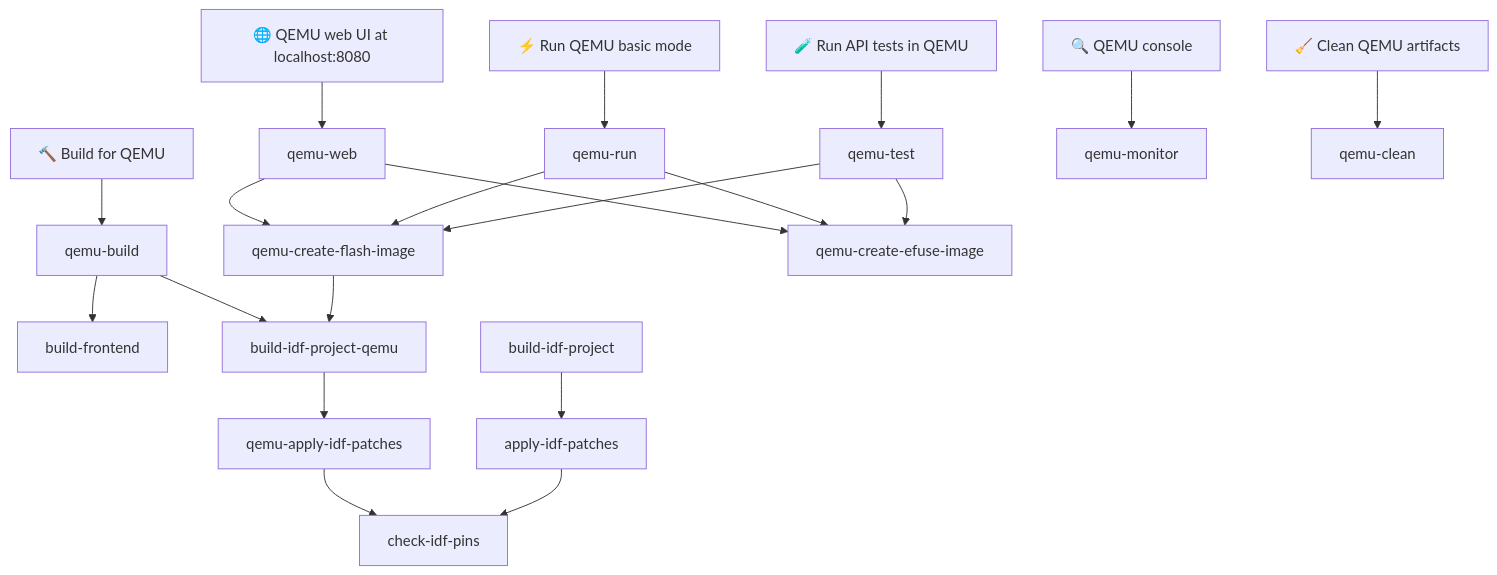
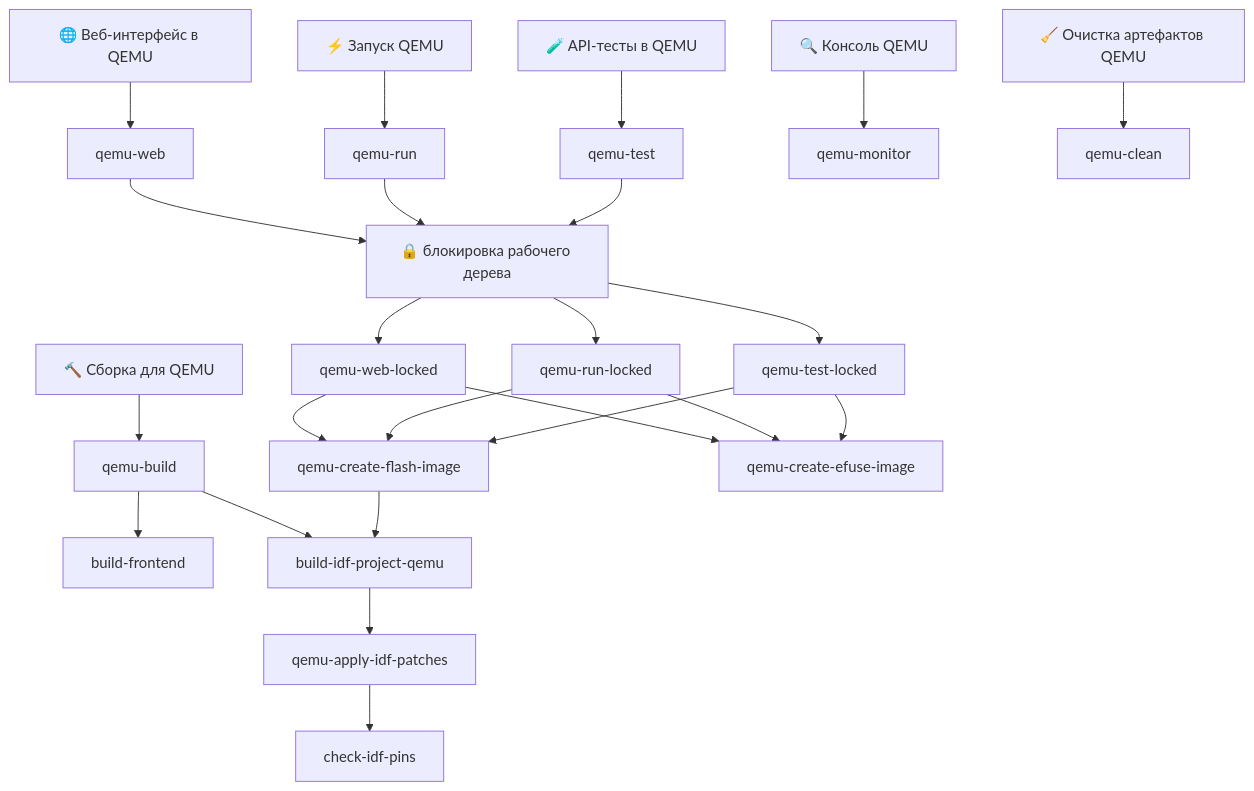
The second of 2 diagrams in README.ru.md (wirenboard/wb-mge), drawn with Mermaid before and after one commit. The commit also changed other lines of this file and 1 other file, not shown here.

````diff
--- a/README.ru.md
+++ b/README.ru.md
@@ -292,24 +499,29 @@
 ```mermaid
 graph TD
-    BQ["🔨 Build for QEMU"] --> qemu-build
-    W["🌐 QEMU web UI at localhost:8080"] --> qemu-web
-    T["🧪 Run API tests in QEMU"] --> qemu-test
-    R["⚡ Run QEMU basic mode"] --> qemu-run
-    MC["🔍 QEMU console"] --> qemu-monitor
-    CQ["🧹 Clean QEMU artifacts"] --> qemu-clean
+    BQ["🔨 Сборка для QEMU"] --> qemu-build
+    W["🌐 Веб-интерфейс в QEMU"] --> qemu-web
+    T["🧪 API-тесты в QEMU"] --> qemu-test
+    R["⚡ Запуск QEMU"] --> qemu-run
+    MC["🔍 Консоль QEMU"] --> qemu-monitor
+    CQ["🧹 Очистка артефактов QEMU"] --> qemu-clean
 
     qemu-build --> build-frontend
     qemu-build --> build-idf-project-qemu
 
-    qemu-web --> qemu-create-flash-image
-    qemu-web --> qemu-create-efuse-image
-    qemu-run --> qemu-create-flash-image
-    qemu-run --> qemu-create-efuse-image
-    qemu-test --> qemu-create-flash-image
-    qemu-test --> qemu-create-efuse-image
+    qemu-web --> L1["🔒 блокировка рабочего дерева"]
+    qemu-run --> L1
+    qemu-test --> L1
+    L1 --> qemu-web-locked
+    L1 --> qemu-run-locked
+    L1 --> qemu-test-locked
+
+    qemu-web-locked --> qemu-create-flash-image
+    qemu-web-locked --> qemu-create-efuse-image
+    qemu-run-locked --> qemu-create-flash-image
+    qemu-run-locked --> qemu-create-efuse-image
+    qemu-test-locked --> qemu-create-flash-image
+    qemu-test-locked --> qemu-create-efuse-image
     qemu-create-flash-image --> build-idf-project-qemu
     build-idf-project-qemu --> qemu-apply-idf-patches
-    build-idf-project --> apply-idf-patches
     qemu-apply-idf-patches --> check-idf-pins
-    apply-idf-patches --> check-idf-pins
 ```
````
